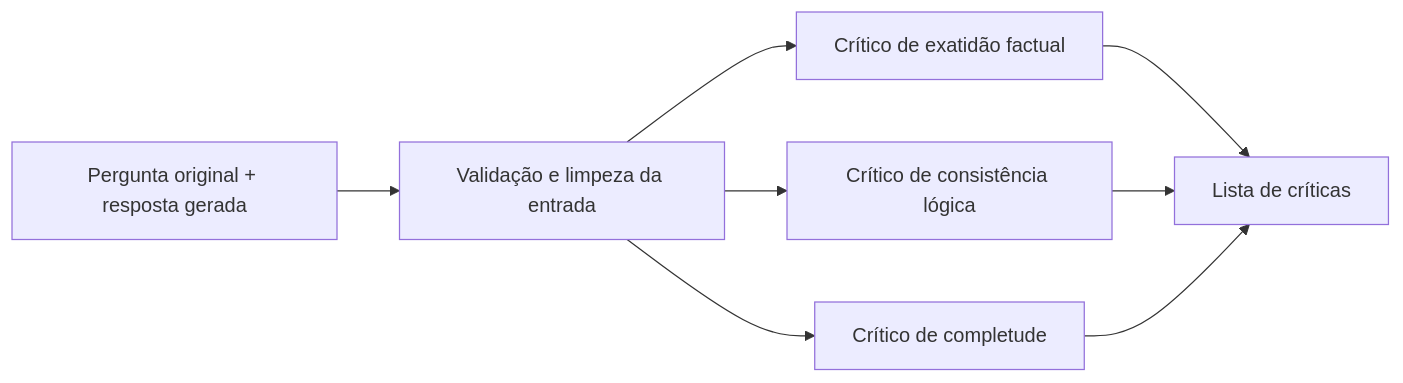
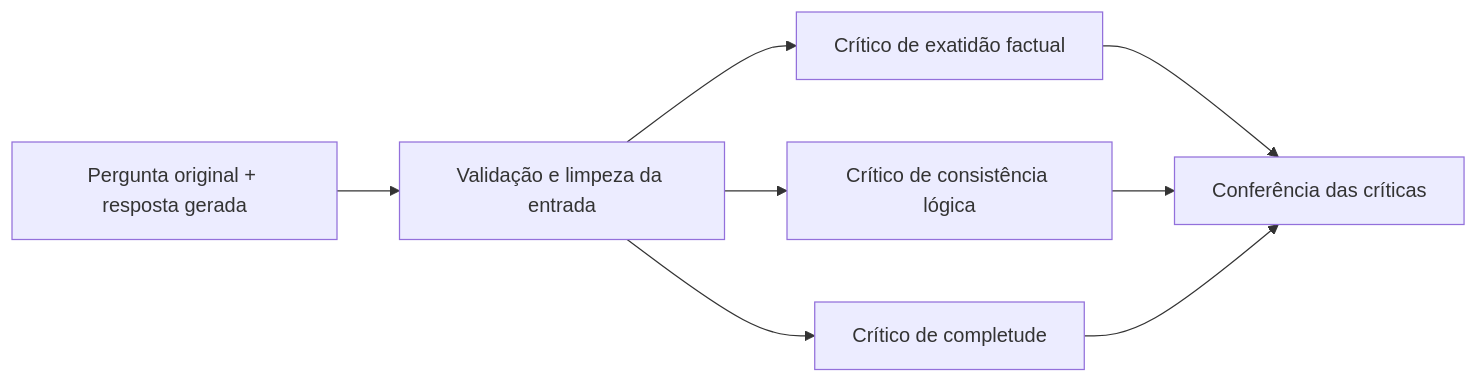
One commit to carlosEA28/LLM-Output-Arbitration-System changed the diagram in README.md. Above: the diagram before and after it, drawn with Mermaid. The commit also changed other lines of this file and 7 other files, not shown here.

````diff
--- a/README.md
+++ b/README.md
@@ -9,10 +9,10 @@
 ```mermaid
 flowchart LR
     A["Pergunta original + resposta gerada"] --> B[Validação e limpeza da entrada]
     B --> C[Crítico de exatidão factual]
     B --> D[Crítico de consistência lógica]
     B --> E[Crítico de completude]
-    C --> F[Lista de críticas]
+    C --> F[Conferência das críticas]
     D --> F
     E --> F
 ```
````
